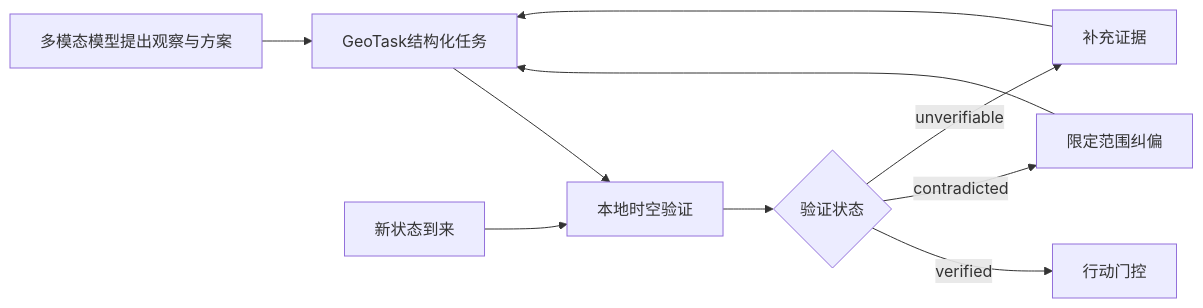
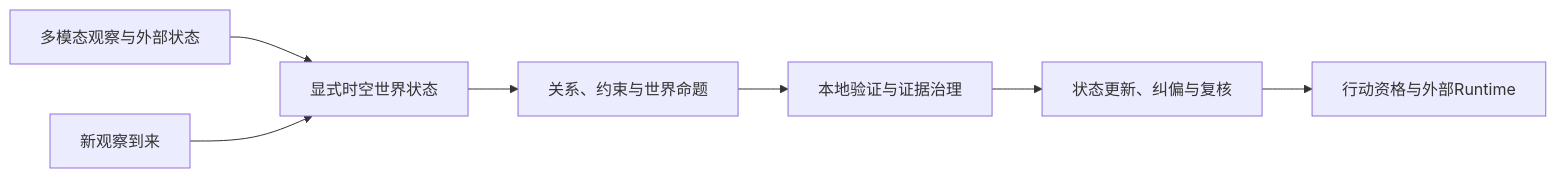
One commit to stpku/GeoTask changed the diagram in README.md. Above: the diagram before and after it, drawn with Mermaid. The commit also changed other lines of this file and 14 other files, not shown here.

````diff
--- a/README.md
+++ b/README.md
@@ -56,12 +56,9 @@
 ```mermaid
 flowchart LR
-  M[多模态模型提出观察与方案] --> T[GeoTask结构化任务]
-  T --> V[本地时空验证]
-  V --> S{验证状态}
-  S -->|verified| G[行动门控]
-  S -->|contradicted| C[限定范围纠偏]
-  S -->|unverifiable| E[补充证据]
-  C --> T
-  E --> T
-  N[新状态到来] --> V
+  O[多模态观察与外部状态] --> W[显式时空世界状态]
+  W --> R[关系、约束与世界命题]
+  R --> V[本地验证与证据治理]
+  V --> U[状态更新、纠偏与复核]
+  U --> G[行动资格与外部Runtime]
+  N[新观察到来] --> W
 ```
````
